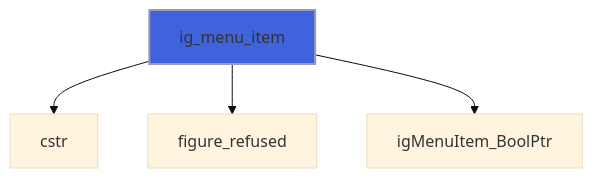
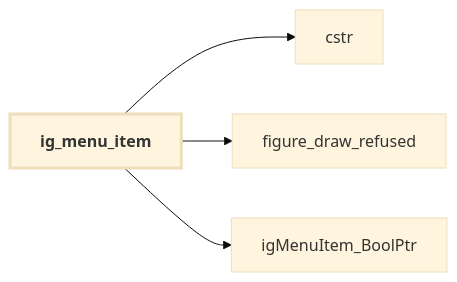
Diagram 12 of 16 in docs/api/src/lib/figure_menu.md (szaghi/figure), drawn with Mermaid (base theme) before and after one commit. The commit also changed other lines of this file and 54 other files, not shown here.

````diff
--- a/docs/api/src/lib/figure_menu.md
+++ b/docs/api/src/lib/figure_menu.md
@@ -271,7 +361,11 @@
 ```mermaid
-flowchart TD
+flowchart LR
   ig_menu_item["ig_menu_item"] --> cstr["cstr"]
-  ig_menu_item["ig_menu_item"] --> figure_refused["figure_refused"]
+  ig_menu_item["ig_menu_item"] --> figure_draw_refused["figure_draw_refused"]
   ig_menu_item["ig_menu_item"] --> igMenuItem_BoolPtr["igMenuItem_BoolPtr"]
-  style ig_menu_item fill:#3e63dd,stroke:#99b,stroke-width:2px
+  classDef focus stroke-width:3px,font-weight:bold
+  class ig_menu_item focus
+  click figure_draw_refused href "figure_base.html#figure-draw-refused" "figure_draw_refused"
+  click cstr href "figure_base.html#cstr" "cstr"
+  click igMenuItem_BoolPtr href "figure_cimgui.html#igmenuitem-boolptr" "igMenuItem_BoolPtr"
 ```
````
